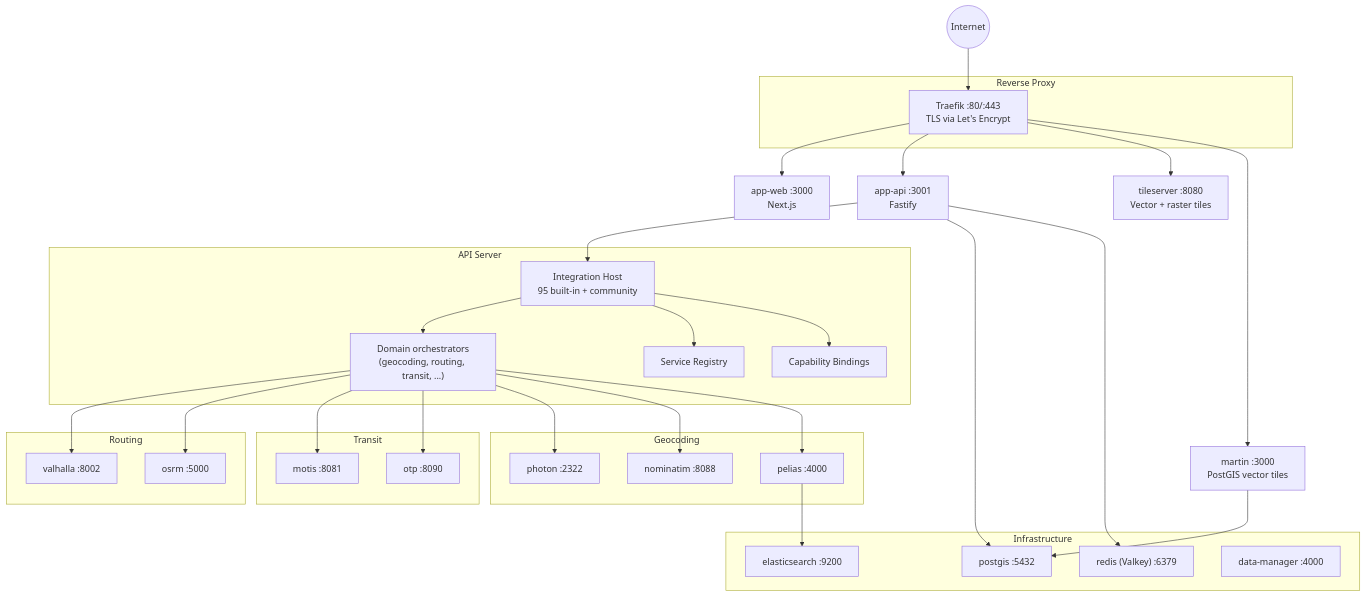
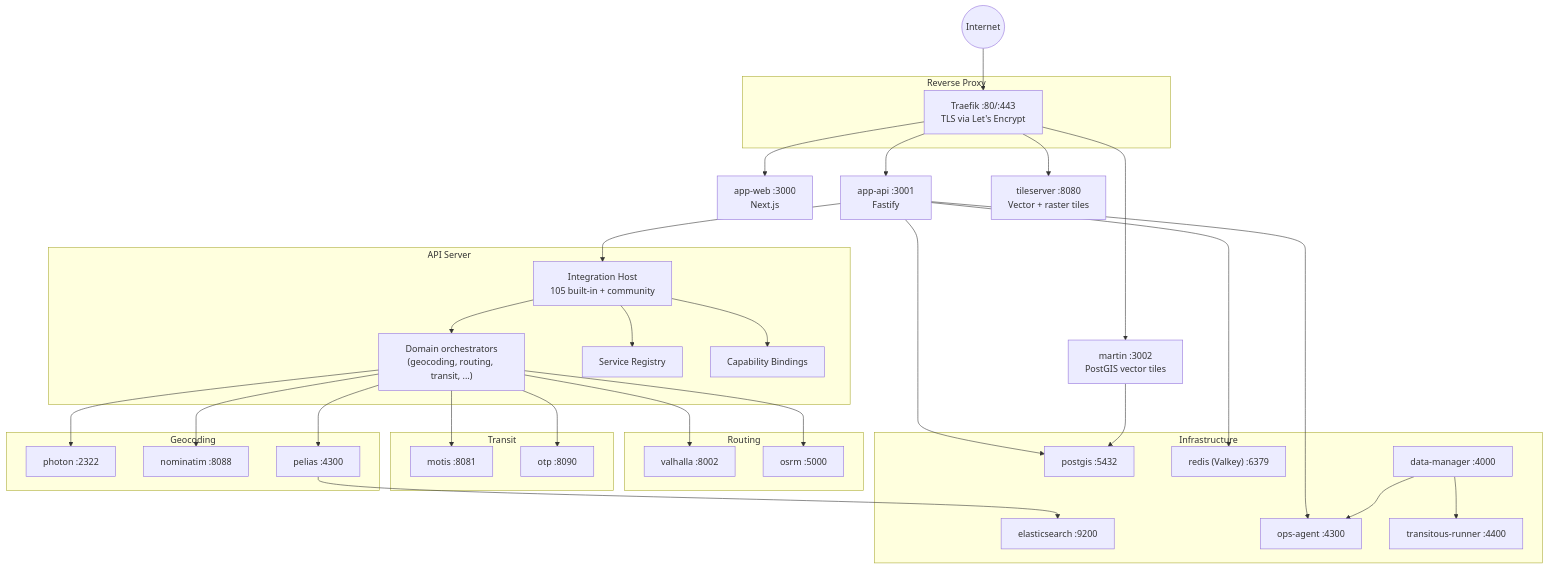
One commit to OpenMapX/openmapx changed the diagram in README.md. Above: the diagram before and after it, drawn with Mermaid. The commit also changed other lines of this file and 29 other files, not shown here.

````diff
--- a/README.md
+++ b/README.md
@@ -53,60 +53,65 @@
 ```mermaid
 graph TD
     Internet((Internet)) --> Traefik
 
     subgraph "Reverse Proxy"
         Traefik["Traefik :80/:443<br/>TLS via Let's Encrypt"]
     end
 
     Traefik --> Web["app-web :3000<br/>Next.js"]
     Traefik --> API["app-api :3001<br/>Fastify"]
     Traefik --> TileServer["tileserver :8080<br/>Vector + raster tiles"]
-    Traefik --> Martin["martin :3000<br/>PostGIS vector tiles"]
+    Traefik --> Martin["martin :3002<br/>PostGIS vector tiles"]
 
     subgraph "API Server"
-        IntHost["Integration Host<br/>95 built-in + community"]
+        IntHost["Integration Host<br/>105 built-in + community"]
         Orchestrators["Domain orchestrators<br/>(geocoding, routing, transit, ...)"]
         SvcRegistry["Service Registry"]
         Bindings["Capability Bindings"]
     end
 
     API --> IntHost
     IntHost --> Orchestrators
     IntHost --> SvcRegistry
     IntHost --> Bindings
 
     subgraph "Routing"
         Valhalla["valhalla :8002"]
         OSRM["osrm :5000"]
     end
 
     subgraph "Transit"
         MOTIS["motis :8081"]
         OTP["otp :8090"]
     end
 
     subgraph "Geocoding"
         Photon["photon :2322"]
         Nominatim["nominatim :8088"]
-        Pelias["pelias :4000"]
+        Pelias["pelias :4300"]
     end
 
     subgraph "Infrastructure"
         PG["postgis :5432"]
         Redis["redis (Valkey) :6379"]
         ES["elasticsearch :9200"]
         DM["data-manager :4000"]
+        OpsAgent["ops-agent :4300"]
+        TransitousRunner["transitous-runner :4400"]
     end
 
     Orchestrators --> Valhalla
     Orchestrators --> OSRM
     Orchestrators --> MOTIS
     Orchestrators --> OTP
     Orchestrators --> Photon
     Orchestrators --> Nominatim
     Orchestrators --> Pelias
     API --> PG
     API --> Redis
+    API --> OpsAgent
+    DM --> OpsAgent
+    DM --> TransitousRunner
     Pelias --> ES
     Martin --> PG
 ```
````
